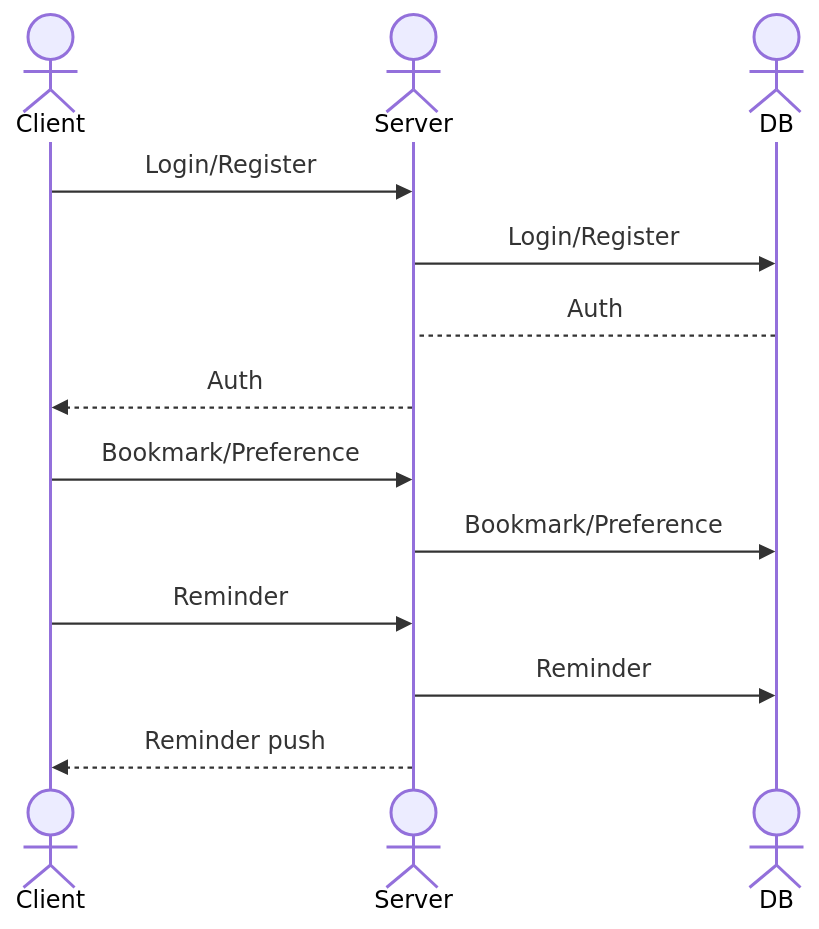
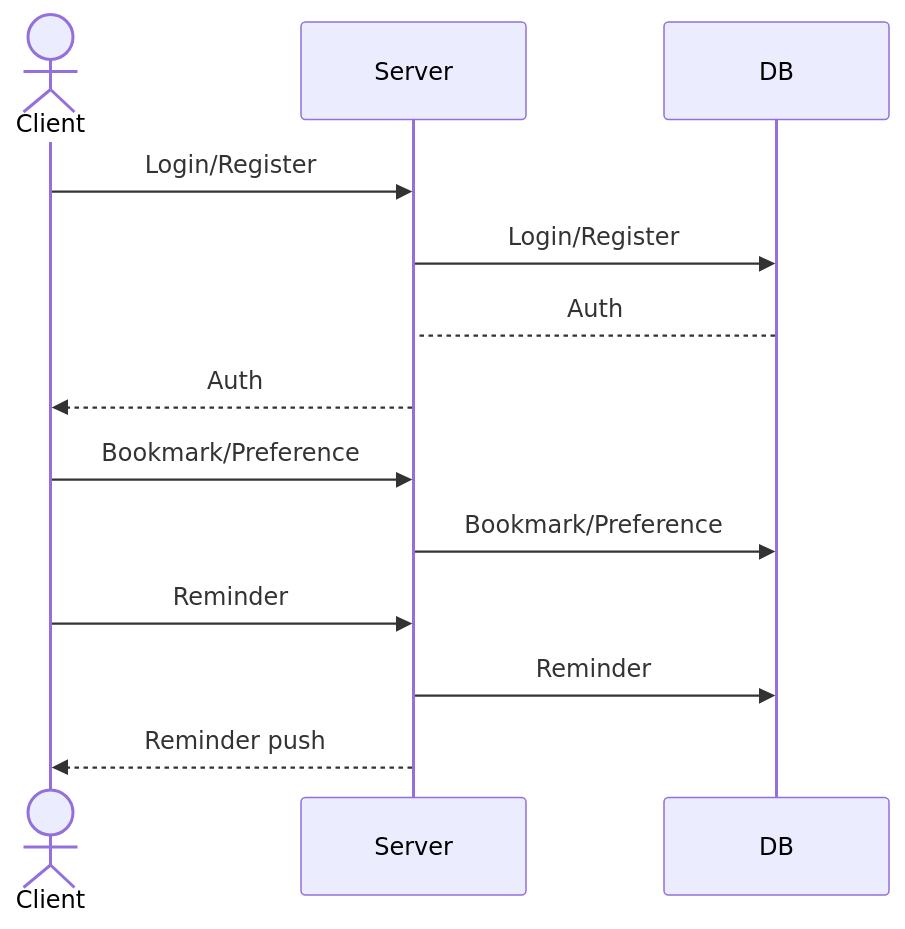
The diagram in README.md (Allergic2Bulletz/startup), drawn with Mermaid before and after one commit.

Commit message:
Edited sequence diagram.

````diff
--- a/README.md
+++ b/README.md
@@ -39,15 +39,15 @@
 ```mermaid
 sequenceDiagram
     actor Client
-    actor Server
-    actor DB
+    participant Server
+    participant DB
     Client->>Server: Login/Register
     Server->>DB: Login/Register
     DB-->Server: Auth
     Server-->>Client: Auth
     Client->>Server: Bookmark/Preference
     Server->>DB: Bookmark/Preference
     Client->>Server: Reminder
     Server->>DB: Reminder
     Server-->>Client: Reminder push
 ```
````
